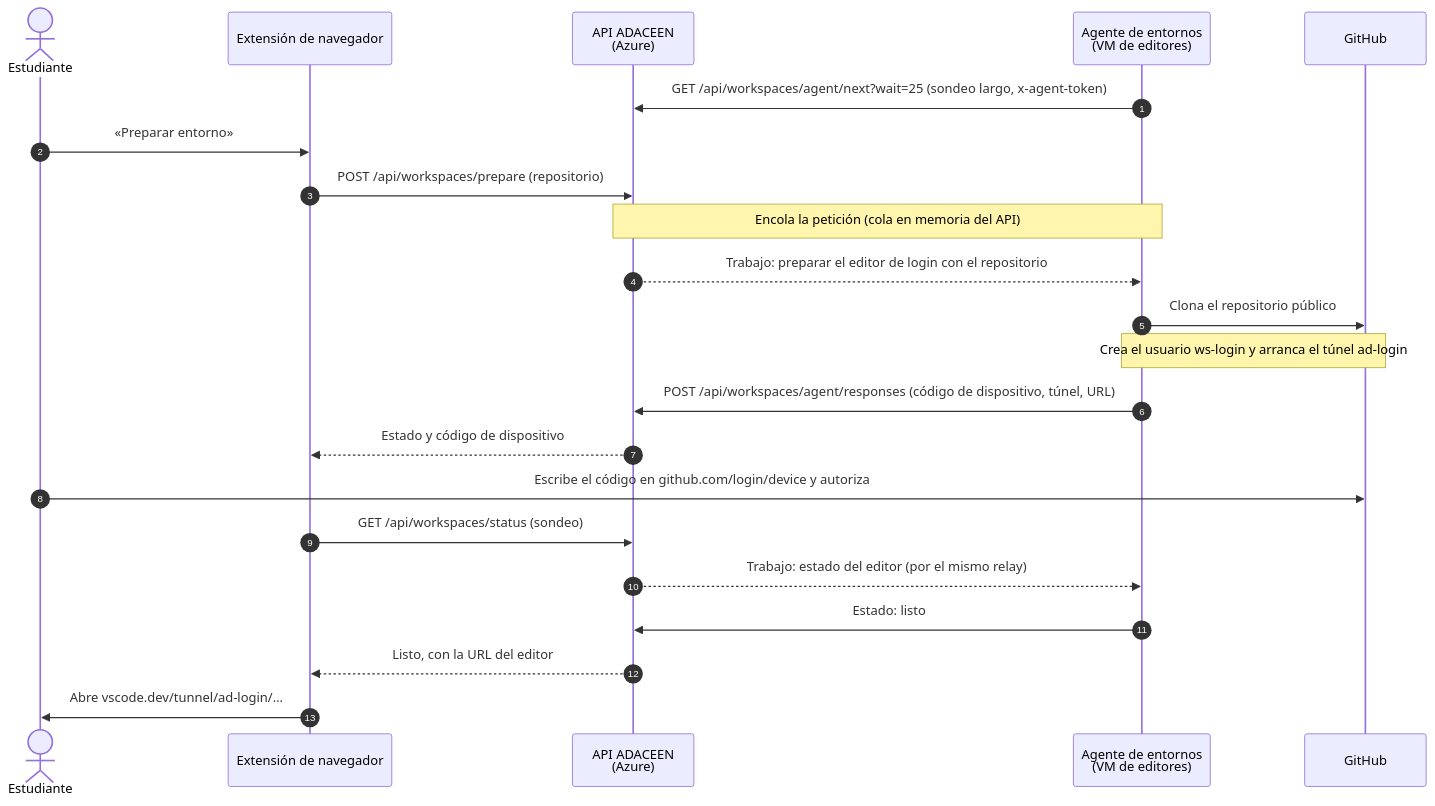
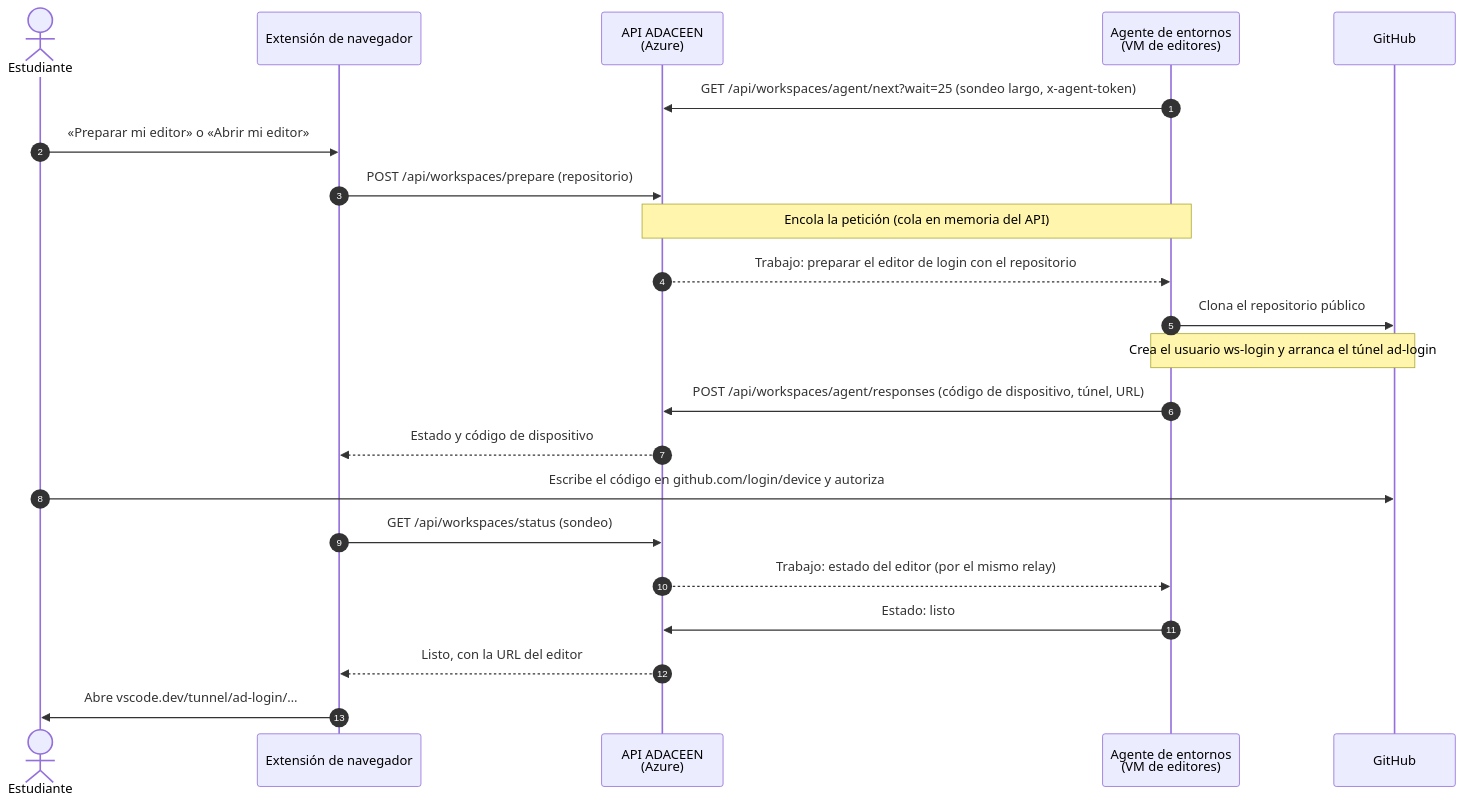
Before and after one commit to eydersantiago/PDC: the third of 3 diagrams in docs/arquitectura/vistas.md, drawn with Mermaid. The commit also changed 19 other files, not shown here.

````diff
--- a/docs/arquitectura/vistas.md
+++ b/docs/arquitectura/vistas.md
@@ -129,25 +129,25 @@
 ```mermaid
 sequenceDiagram
   autonumber
   actor E as Estudiante
   participant X as Extensión de navegador
   participant A as API ADACEEN<br/>(Azure)
   participant G as Agente de entornos<br/>(VM de editores)
   participant H as GitHub
 
   G->>A: GET /api/workspaces/agent/next?wait=25 (sondeo largo, x-agent-token)
-  E->>X: «Preparar entorno»
+  E->>X: «Preparar mi editor» o «Abrir mi editor»
   X->>A: POST /api/workspaces/prepare (repositorio)
   Note over A,G: Encola la petición (cola en memoria del API)
   A-->>G: Trabajo: preparar el editor de login con el repositorio
   G->>H: Clona el repositorio público
   Note over G,H: Crea el usuario ws-login y arranca el túnel ad-login
   G->>A: POST /api/workspaces/agent/responses (código de dispositivo, túnel, URL)
   A-->>X: Estado y código de dispositivo
   E->>H: Escribe el código en github.com/login/device y autoriza
   X->>A: GET /api/workspaces/status (sondeo)
   A-->>G: Trabajo: estado del editor (por el mismo relay)
   G->>A: Estado: listo
   A-->>X: Listo, con la URL del editor
   X->>E: Abre vscode.dev/tunnel/ad-login/…
 ```
````
